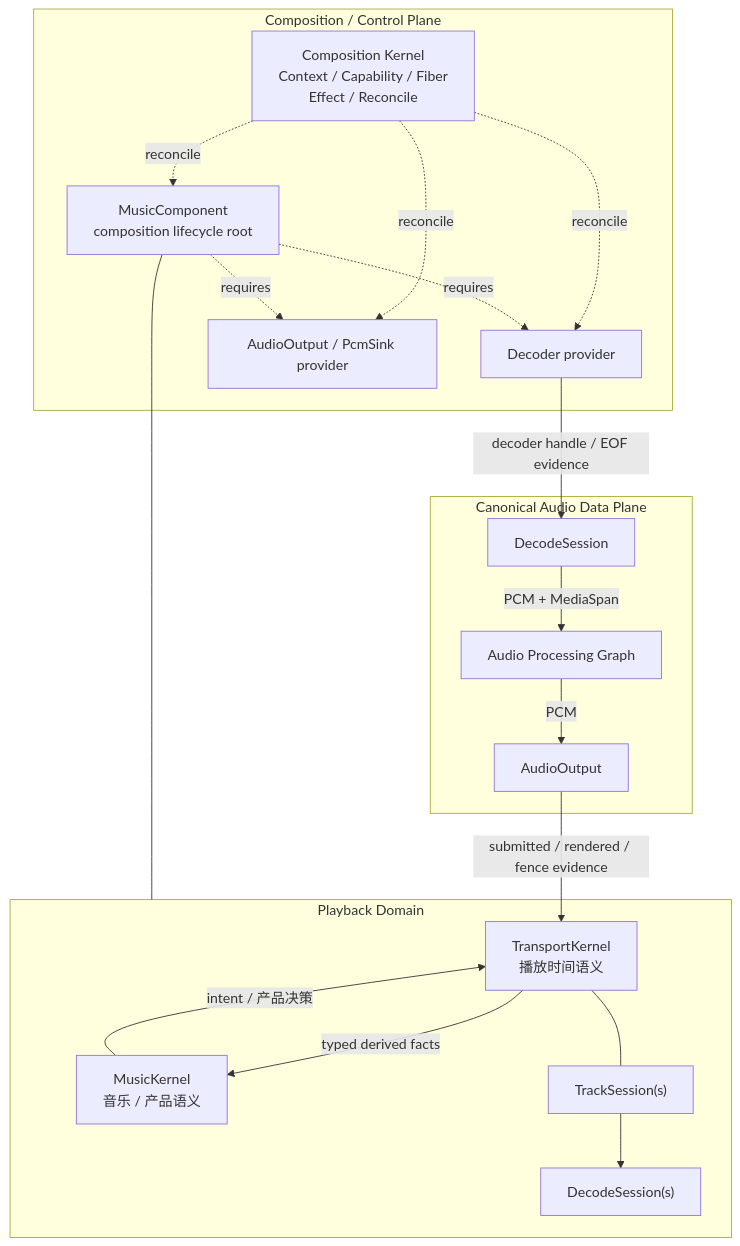
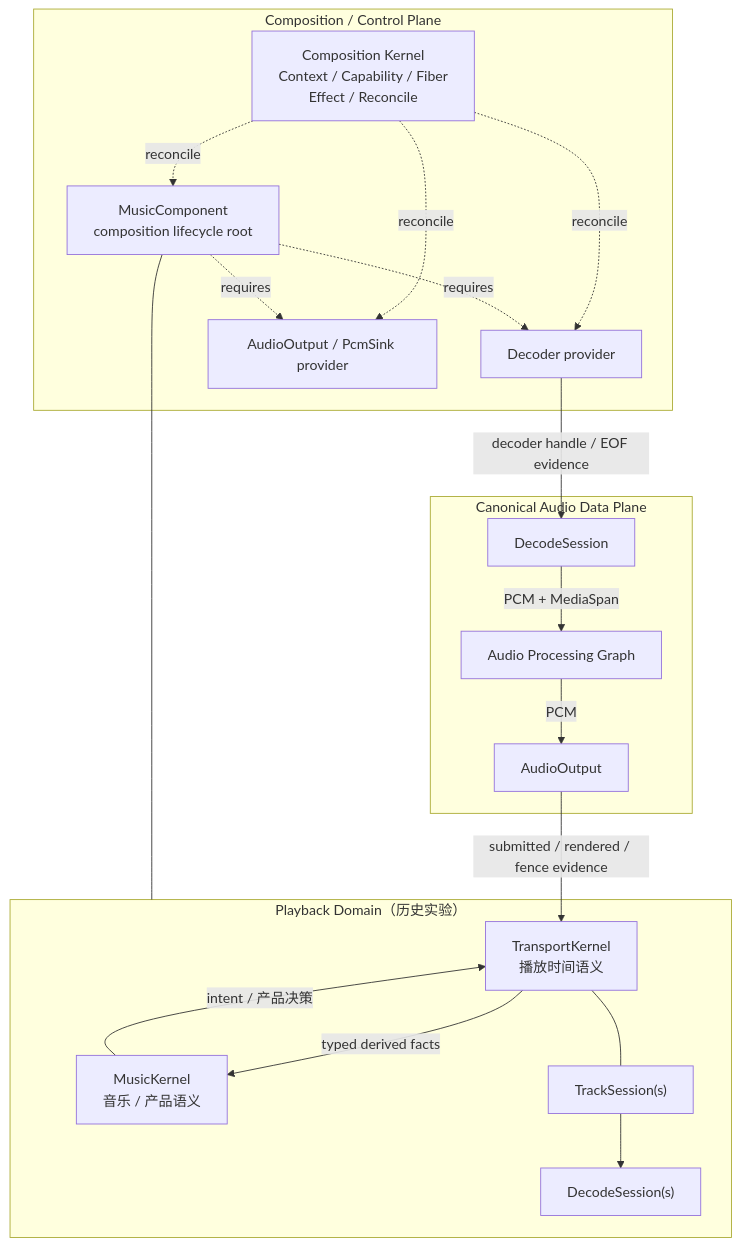
The diagram in website/architecture/index.md (jnhu76/qianqian), drawn with Mermaid before and after one commit. The commit also changed other lines of this file and 23 other files, not shown here.

````diff
--- a/website/architecture/index.md
+++ b/website/architecture/index.md
@@ -34,34 +34,34 @@
 ```mermaid
 flowchart TB
     subgraph CP["Composition / Control Plane"]
         CK["Composition Kernel<br/>Context / Capability / Fiber<br/>Effect / Reconcile"]
         MC["MusicComponent<br/>composition lifecycle root"]
         DEC["Decoder provider"]
         AO["AudioOutput / PcmSink provider"]
 
         CK -.->|"reconcile"| MC
         CK -.->|"reconcile"| DEC
         CK -.->|"reconcile"| AO
         MC -.->|"requires"| DEC
         MC -.->|"requires"| AO
     end
 
-    subgraph PD["Playback Domain"]
+    subgraph PD["Playback Domain（历史实验）"]
         MK["MusicKernel<br/>音乐 / 产品语义"]
         TK["TransportKernel<br/>播放时间语义"]
         TS["TrackSession(s)"] --> DS["DecodeSession(s)"]
         MK -->|"intent / 产品决策"| TK
         TK --- TS
     end
 
     MC --- PD
 
     subgraph DP["Canonical Audio Data Plane"]
         D2["DecodeSession"] -->|"PCM + MediaSpan"| PROC["Audio Processing Graph"]
         PROC -->|"PCM"| A2["AudioOutput"]
     end
 
     DEC -->|"decoder handle / EOF evidence"| D2
     A2 -->|"submitted / rendered / fence evidence"| TK
     TK -->|"typed derived facts"| MK
 ```
````
